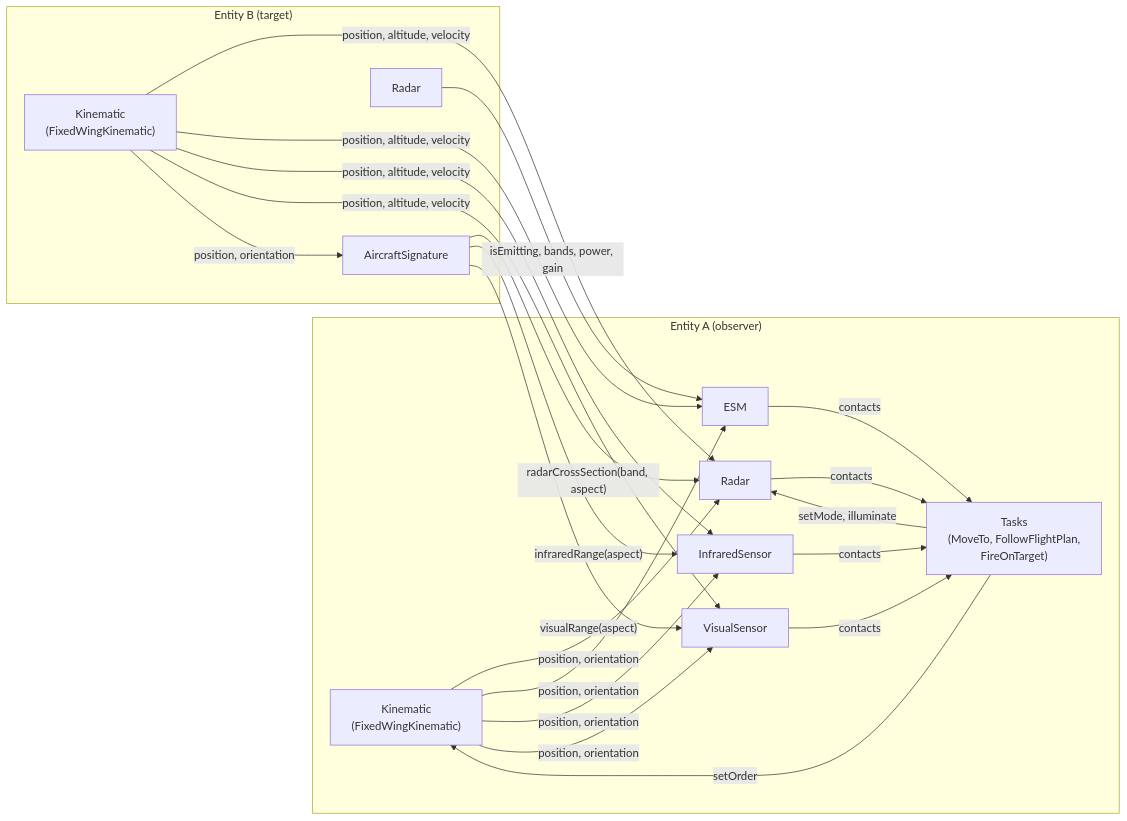
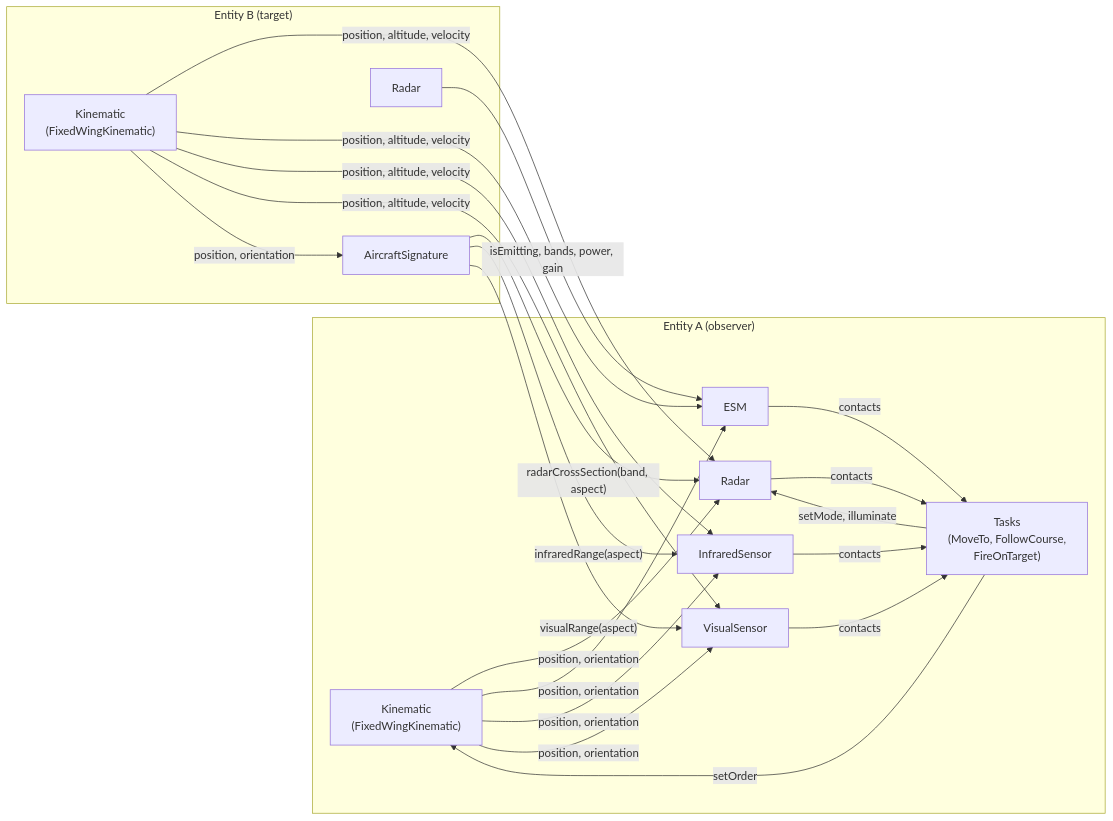
One commit to mastertnt/XCGF.Data changed the diagram in docs/models/interactions.md. Above: the diagram before and after it, drawn with Mermaid. The commit also changed 15 other files, not shown here.

````diff
--- a/docs/models/interactions.md
+++ b/docs/models/interactions.md
@@ -12,28 +12,28 @@
 ```mermaid
 flowchart LR
     subgraph A["Entity A (observer)"]
         KA["Kinematic<br/>(FixedWingKinematic)"]
         RA["Radar"]
         EA["ESM"]
         IA["InfraredSensor"]
         VA["VisualSensor"]
-        TA["Tasks<br/>(MoveTo, FollowFlightPlan,<br/>FireOnTarget)"]
+        TA["Tasks<br/>(MoveTo, FollowCourse,<br/>FireOnTarget)"]
     end
     subgraph B["Entity B (target)"]
         KB["Kinematic<br/>(FixedWingKinematic)"]
         SB["AircraftSignature"]
         RB["Radar"]
     end
 
     TA -- "setOrder" --> KA
     KA -- "position, orientation" --> RA & EA & IA & VA
     RA & EA & IA & VA -- "contacts" --> TA
     TA -- "setMode, illuminate" --> RA
 
     KB -- "position, altitude, velocity" --> RA & EA & IA & VA
     KB -- "position, orientation" --> SB
     SB -- "radarCrossSection(band, aspect)" --> RA
     SB -- "infraredRange(aspect)" --> IA
     SB -- "visualRange(aspect)" --> VA
     RB -- "isEmitting, bands, power, gain" --> EA
 ```
````
